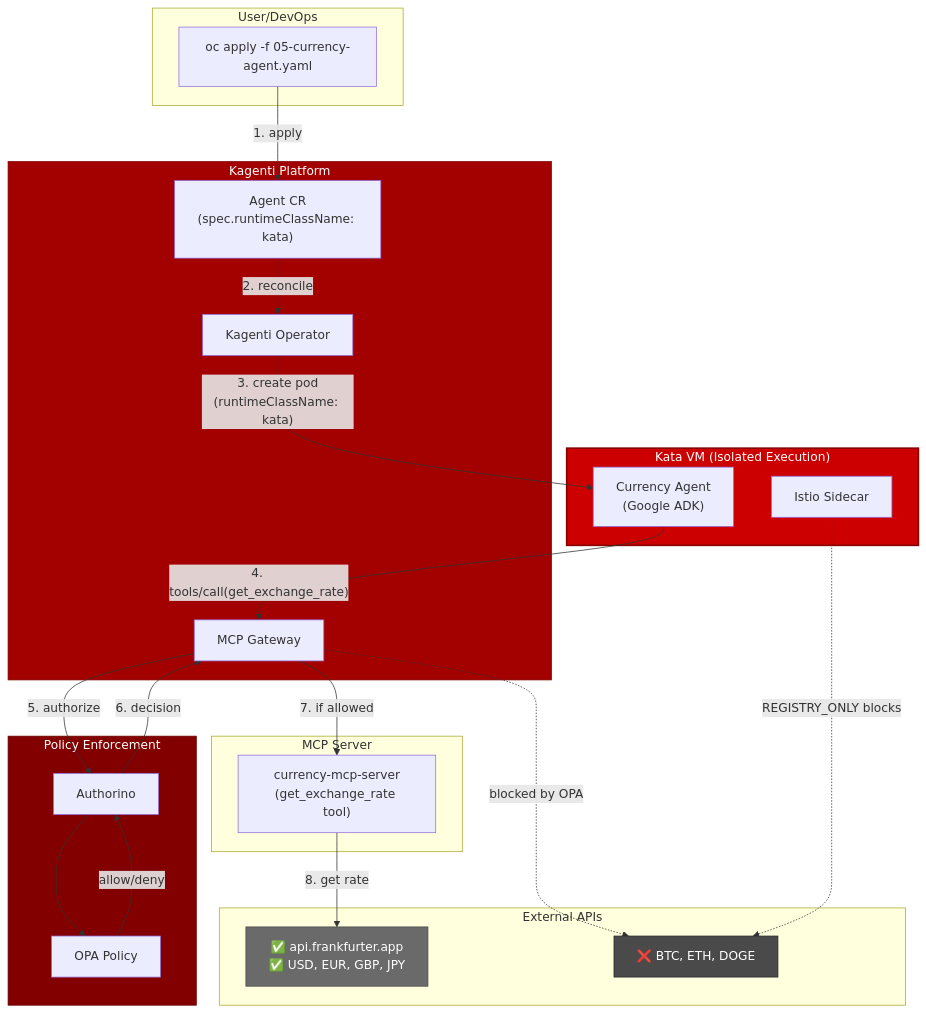
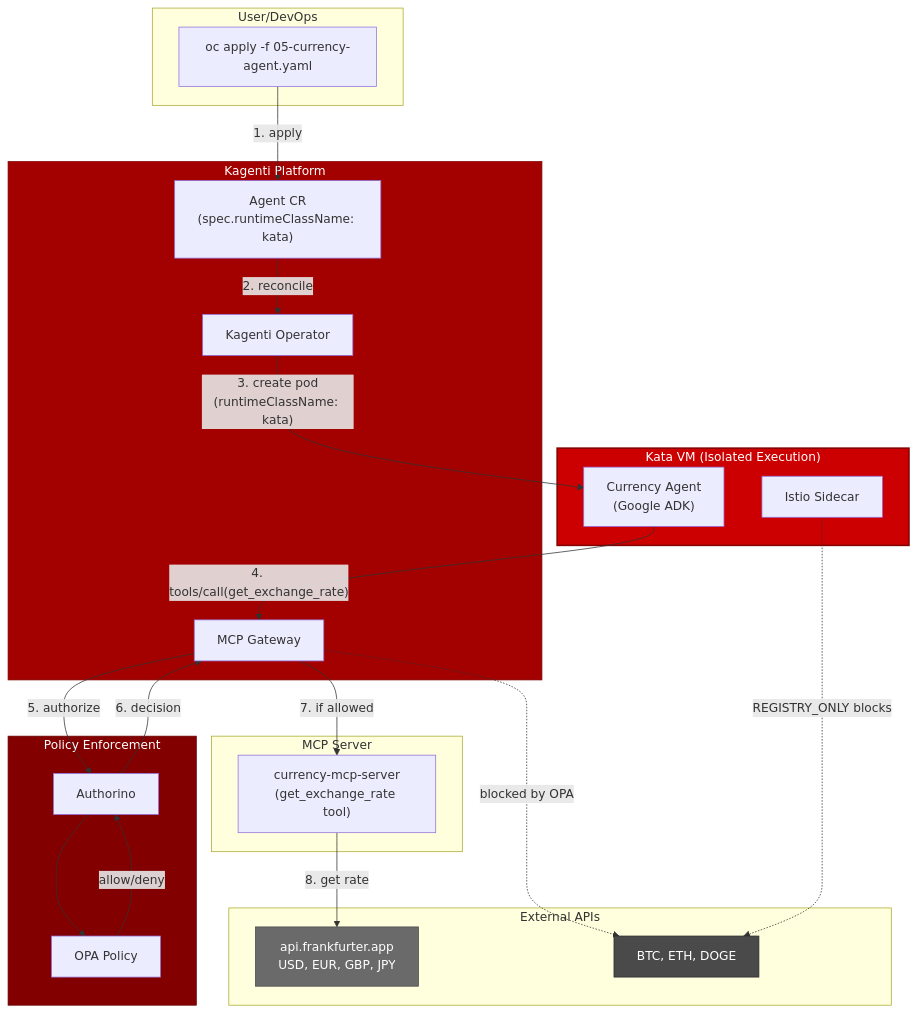
Before and after one commit to rrbanda/agent-sandbox-ocp: the first of 3 diagrams in docs/architecture.md, drawn with Mermaid. The commit also changed 23 other files, not shown here.

````diff
--- a/docs/architecture.md
+++ b/docs/architecture.md
@@ -7,55 +7,55 @@
 ```mermaid
 flowchart TB
     subgraph User["User/DevOps"]
         Apply["oc apply -f 05-currency-agent.yaml"]
     end
 
     subgraph Kagenti["Kagenti Platform"]
         AgentCRD["Agent CR<br/>(spec.runtimeClassName: kata)"]
         Operator["Kagenti Operator"]
         MCPGateway["MCP Gateway"]
     end
 
     subgraph KataVM["Kata VM (Isolated Execution)"]
         AgentPod["Currency Agent<br/>(Google ADK)"]
         IstioSidecar["Istio Sidecar"]
     end
 
     subgraph MCPServer["MCP Server"]
         CurrencyMCP["currency-mcp-server<br/>(get_exchange_rate tool)"]
     end
 
     subgraph Policy["Policy Enforcement"]
         Authorino["Authorino"]
         OPA["OPA Policy"]
     end
 
     subgraph External["External APIs"]
-        Approved["✅ api.frankfurter.app<br/>✅ USD, EUR, GBP, JPY"]
-        Blocked["❌ BTC, ETH, DOGE"]
+        Approved[" api.frankfurter.app<br/> USD, EUR, GBP, JPY"]
+        Blocked[" BTC, ETH, DOGE"]
     end
 
     %% Deployment flow
     Apply -->|"1. apply"| AgentCRD
     AgentCRD -->|"2. reconcile"| Operator
     Operator -->|"3. create pod<br/>(runtimeClassName: kata)"| AgentPod
 
     %% Tool call flow
     AgentPod -->|"4. tools/call(get_exchange_rate)"| MCPGateway
     MCPGateway -->|"5. authorize"| Authorino
     Authorino --> OPA
     OPA -->|"allow/deny"| Authorino
     Authorino -->|"6. decision"| MCPGateway
     MCPGateway -->|"7. if allowed"| CurrencyMCP
     CurrencyMCP -->|"8. get rate"| Approved
 
     %% Blocked paths
     MCPGateway -.->|"blocked by OPA"| Blocked
     IstioSidecar -.->|"REGISTRY_ONLY blocks"| Blocked
 
     style KataVM fill:#CC0000,color:#FFFFFF,stroke:#820000,stroke-width:2px
     style Kagenti fill:#A30000,color:#FFFFFF,stroke:#820000
     style Policy fill:#820000,color:#FFFFFF,stroke:#6A0000
     style Blocked fill:#4A4A4A,color:#FFFFFF,stroke:#2A2A2A
     style Approved fill:#6A6A6A,color:#FFFFFF,stroke:#4A4A4A
 ```
````
